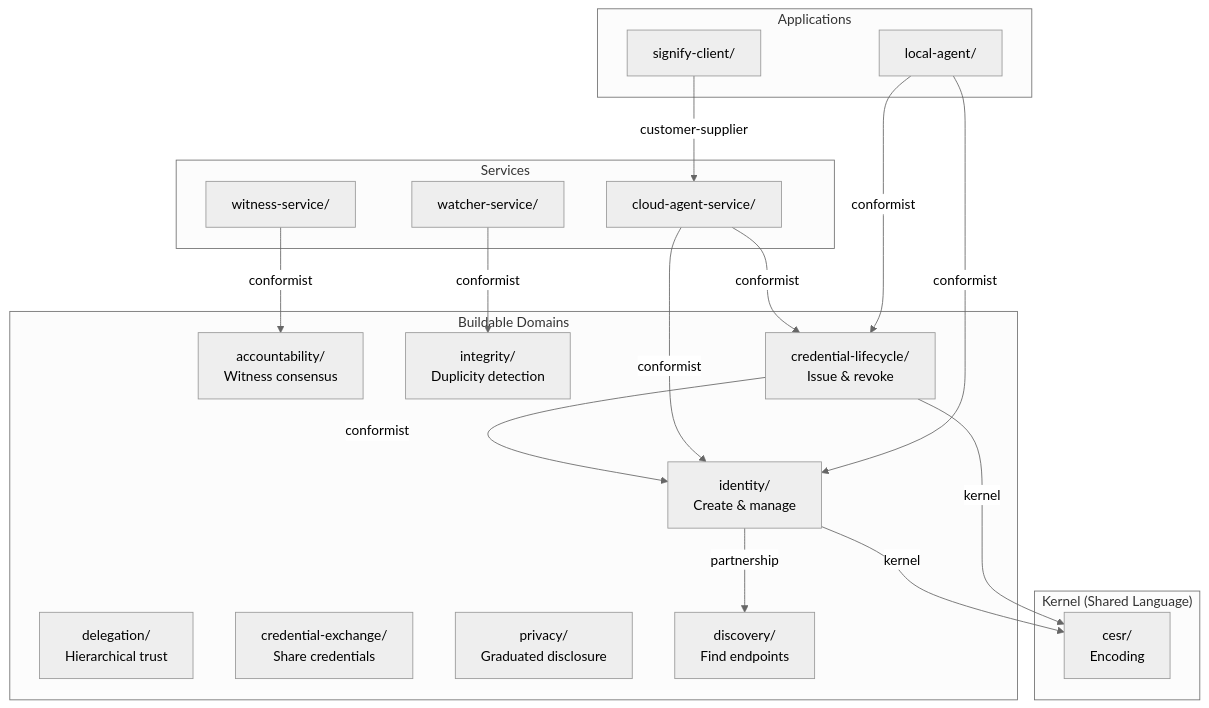
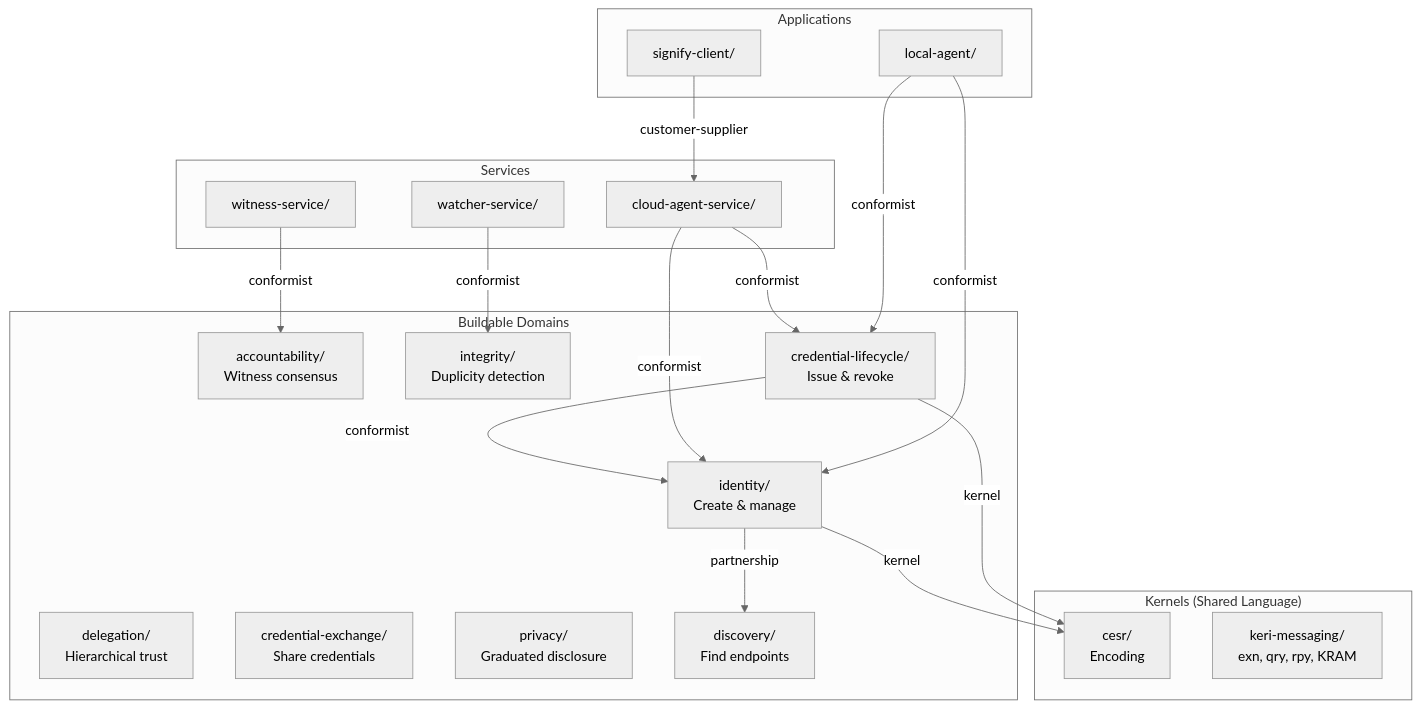
One commit to seriouscoderone/keri-claude changed the first of 3 diagrams in README.md. Above: the diagram before and after it, drawn with Mermaid (neutral theme). The commit also changed other lines of this file, not shown here.

First line of the commit message:
Update README: add keri-messaging kernel, fix counts to 47 domains

````diff
--- a/README.md
+++ b/README.md
@@ -30,42 +30,43 @@
 ```mermaid
 graph TB
-    subgraph Kernel["Kernel (Shared Language)"]
+    subgraph Kernel["Kernels (Shared Language)"]
         CESR["cesr/<br/>Encoding"]
+        KM["keri-messaging/<br/>exn, qry, rpy, KRAM"]
     end
 
     subgraph Domains["Buildable Domains"]
         ID["identity/<br/>Create & manage"]
         DEL["delegation/<br/>Hierarchical trust"]
         ACC["accountability/<br/>Witness consensus"]
         INT["integrity/<br/>Duplicity detection"]
         CL["credential-lifecycle/<br/>Issue & revoke"]
         CE["credential-exchange/<br/>Share credentials"]
         PRV["privacy/<br/>Graduated disclosure"]
         DISC["discovery/<br/>Find endpoints"]
     end
 
     subgraph Service["Services"]
         CAS["cloud-agent-service/"]
         WIT["witness-service/"]
         WAT["watcher-service/"]
     end
 
     subgraph App["Applications"]
         SIG["signify-client/"]
         LOC["local-agent/"]
     end
 
     ID -->|"kernel"| CESR
     CL -->|"kernel"| CESR
     ID -->|"partnership"| DISC
     CL -->|"conformist"| ID
 
     CAS -->|"conformist"| ID
     CAS -->|"conformist"| CL
     WIT -->|"conformist"| ACC
     WAT -->|"conformist"| INT
 
     SIG -->|"customer-supplier"| CAS
     LOC -->|"conformist"| ID
     LOC -->|"conformist"| CL
 ```
````
